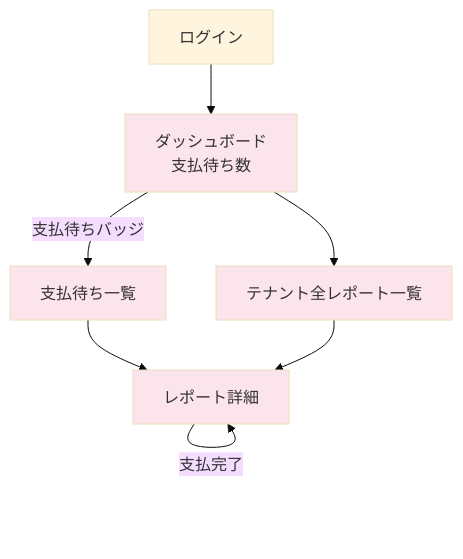
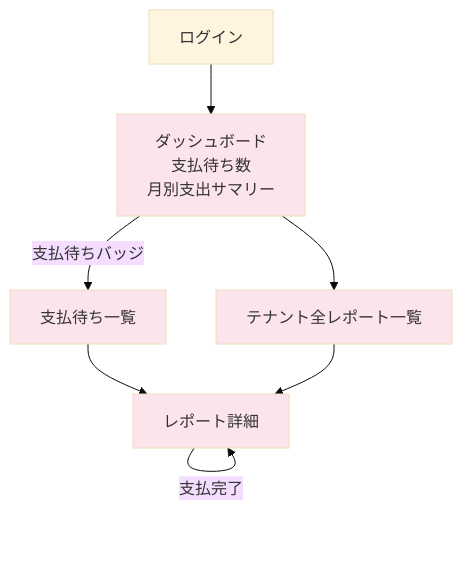
The fourth of 8 diagrams in deliverables/docs/40_basic_design/ui_flow.md (atsuro128/dev-journal), drawn with Mermaid (base theme) before and after one commit. The commit also changed other lines of this file and 5 other files, not shown here.

````diff
--- a/deliverables/docs/40_basic_design/ui_flow.md
+++ b/deliverables/docs/40_basic_design/ui_flow.md
@@ -179,17 +179,17 @@
 ```mermaid
 graph TD
-    AUTH002[ログイン] --> DASH001[ダッシュボード<br/>支払待ち数]
+    AUTH002[ログイン] --> DASH001[ダッシュボード<br/>支払待ち数<br/>月別支出サマリー]
 
     DASH001 -->|支払待ちバッジ| WFL002[支払待ち一覧]
     DASH001 --> ADM001[テナント全レポート一覧]
 
     WFL002 --> RPT004[レポート詳細]
     ADM001 --> RPT004
 
     RPT004 -->|支払完了| RPT004
 
     style DASH001 fill:#fce4ec
     style WFL002 fill:#fce4ec
     style ADM001 fill:#fce4ec
     style RPT004 fill:#fce4ec
 ```
````
